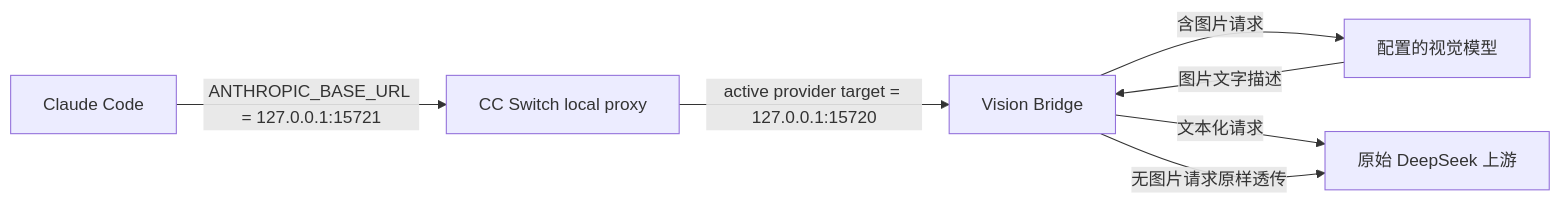
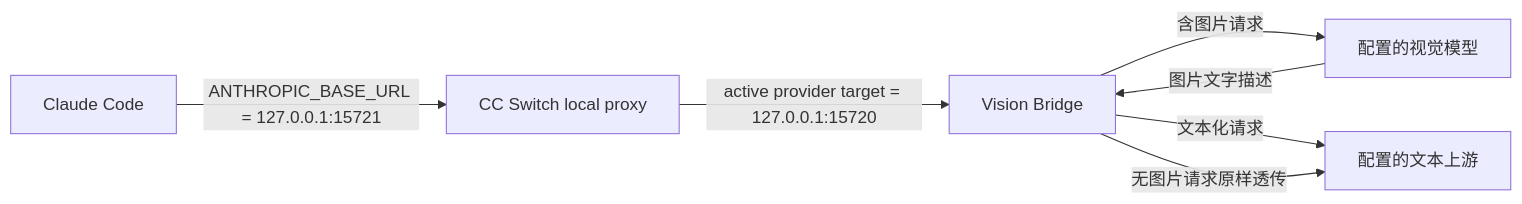
Before and after one commit to R-R6/claude-deepseek-vision-bridge: the diagram in README.md, drawn with Mermaid. The commit also changed other lines of this file and 32 other files, not shown here.

````diff
--- a/README.md
+++ b/README.md
@@ -34,9 +34,9 @@
 ```mermaid
 flowchart LR
     CC["Claude Code"] -->|"ANTHROPIC_BASE_URL = 127.0.0.1:15721"| S["CC Switch local proxy"]
     S -->|"active provider target = 127.0.0.1:15720"| B["Vision Bridge"]
     B -->|"含图片请求"| V["配置的视觉模型"]
     V -->|"图片文字描述"| B
-    B -->|"文本化请求"| D["原始 DeepSeek 上游"]
+    B -->|"文本化请求"| D["配置的文本上游"]
     B -->|"无图片请求原样透传"| D
 ```
````
